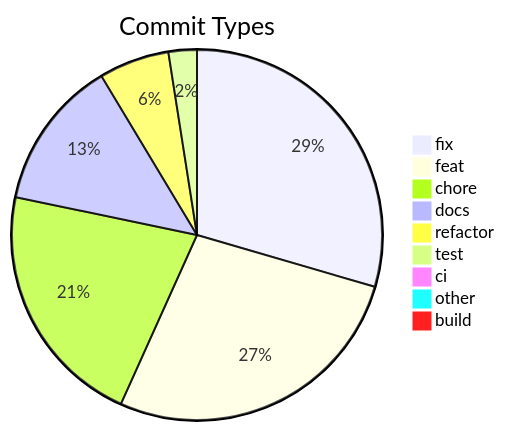
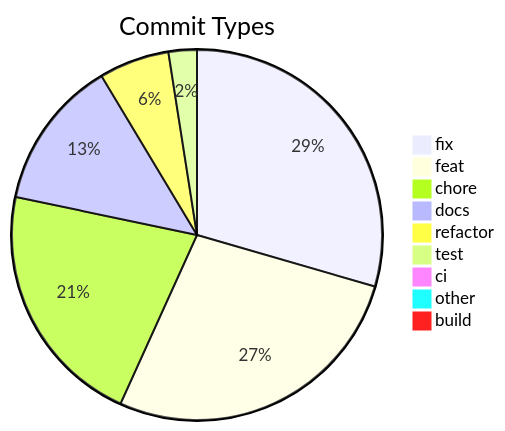
Before and after one commit to svenroth-ai/shipwright: the diagram in .shipwright/compliance/change-history.md, drawn with Mermaid. The commit also changed other lines of this file and 23 other files, not shown here.

````diff
--- a/.shipwright/compliance/change-history.md
+++ b/.shipwright/compliance/change-history.md
@@ -8,12 +8,12 @@
 ```mermaid
 pie title Commit Types
     "fix" : 322
-    "feat" : 297
+    "feat" : 298
     "chore" : 235
     "docs" : 143
     "refactor" : 67
     "test" : 27
     "ci" : 11
     "other" : 7
     "build" : 1
 ```
````
